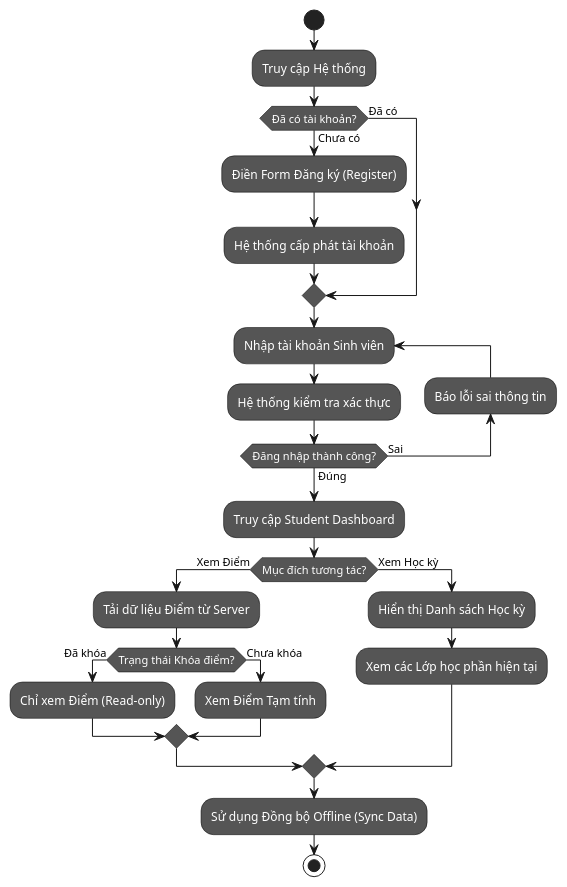
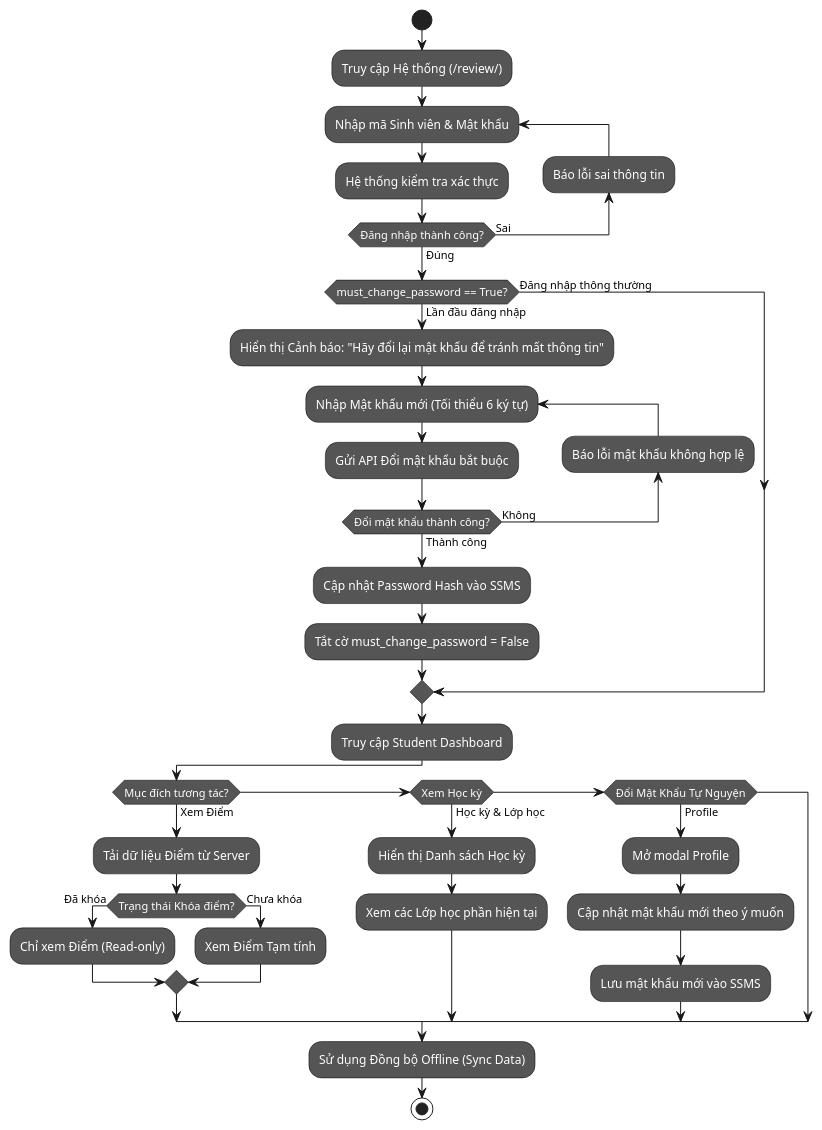
The fourth of 5 diagrams in docs/Diagram.md (NguyenHao1312/DO_NGUYEN_HAO-24CT1-CNPM), drawn with PlantUML before and after one commit. The commit also changed other lines of this file and 28 other files, not shown here.

First line of the commit message:
feat(admission): implement online admission portal, gmail otp, student id issuance & password change flow

````diff
--- a/docs/Diagram.md
+++ b/docs/Diagram.md
@@ -241,43 +293,52 @@
 ```plantuml
 @startuml
 skinparam activity {
   BackgroundColor #555555
   FontColor White
   BorderColor Black
 }
 skinparam activityDiamond {
   BackgroundColor #555555
   FontColor White
   BorderColor Black
 }
 start
-:Truy cập Hệ thống;
-if (Đã có tài khoản?) then (Chưa có)
-  :Điền Form Đăng ký (Register);
-  :Hệ thống cấp phát tài khoản;
-else (Đã có)
-endif
-
-repeat :Nhập tài khoản Sinh viên;
+:Truy cập Hệ thống (/review/);
+repeat :Nhập mã Sinh viên & Mật khẩu;
   :Hệ thống kiểm tra xác thực;
 backward:Báo lỗi sai thông tin;
 repeat while (Đăng nhập thành công?) is (Sai) not (Đúng)
+
+if (must_change_password == True?) then (Lần đầu đăng nhập)
+  :Hiển thị Cảnh báo: "Hãy đổi lại mật khẩu để tránh mất thông tin";
+  repeat :Nhập Mật khẩu mới (Tối thiểu 6 ký tự);
+    :Gửi API Đổi mật khẩu bắt buộc;
+  backward:Báo lỗi mật khẩu không hợp lệ;
+  repeat while (Đổi mật khẩu thành công?) is (Không) not (Thành công)
+  :Cập nhật Password Hash vào SSMS;
+  :Tắt cờ must_change_password = False;
+else (Đăng nhập thông thường)
+endif
 
 :Truy cập Student Dashboard;
 
 if (Mục đích tương tác?) then (Xem Điểm)
   :Tải dữ liệu Điểm từ Server;
   if (Trạng thái Khóa điểm?) then (Đã khóa)
     :Chỉ xem Điểm (Read-only);
   else (Chưa khóa)
     :Xem Điểm Tạm tính;
   endif
-else (Xem Học kỳ)
+elseif (Xem Học kỳ) then (Học kỳ & Lớp học)
   :Hiển thị Danh sách Học kỳ;
   :Xem các Lớp học phần hiện tại;
+elseif (Đổi Mật Khẩu Tự Nguyện) then (Profile)
+  :Mở modal Profile;
+  :Cập nhật mật khẩu mới theo ý muốn;
+  :Lưu mật khẩu mới vào SSMS;
 endif
 
 :Sử dụng Đồng bộ Offline (Sync Data);
 stop
 @enduml
 ```
````
